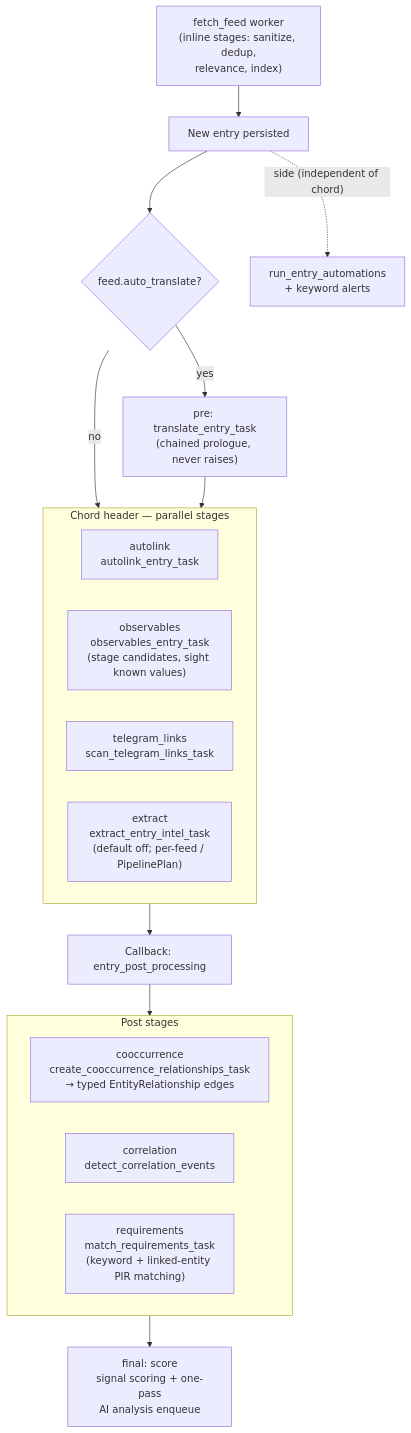
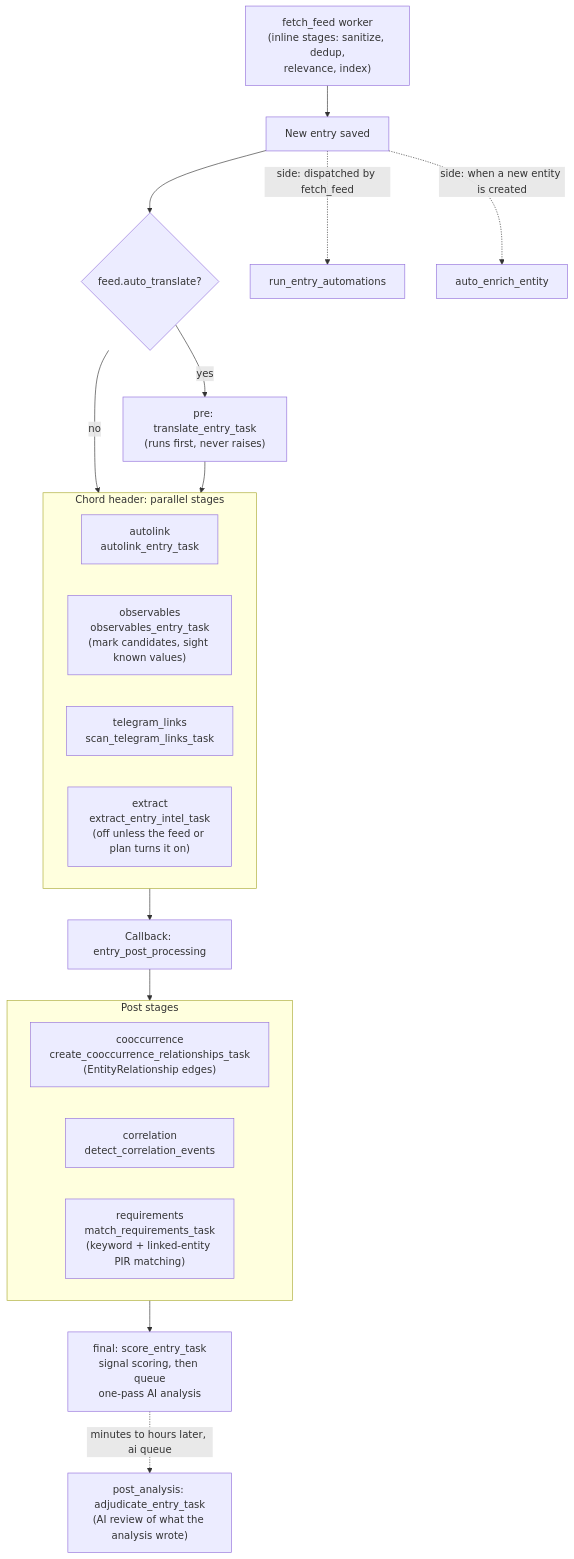
One commit to a-oneil/IntelFeed changed the diagram in docs/diagrams/architecture-entry-pipeline.md. Above: the diagram before and after it, drawn with Mermaid. The commit also changed other lines of this file and 101 other files, not shown here.

````diff
--- a/docs/diagrams/architecture-entry-pipeline.md
+++ b/docs/diagrams/architecture-entry-pipeline.md
@@ -5,29 +5,31 @@
 ```mermaid
 flowchart TD
-    FETCH["fetch_feed worker<br/>(inline stages: sanitize, dedup,<br/>relevance, index)"] --> NEW["New entry persisted"]
+    FETCH["fetch_feed worker<br/>(inline stages: sanitize, dedup,<br/>relevance, index)"] --> NEW["New entry saved"]
 
     NEW --> TR{"feed.auto_translate?"}
-    TR -- yes --> TRANSLATE["pre: translate_entry_task<br/>(chained prologue, never raises)"]
+    TR -- yes --> TRANSLATE["pre: translate_entry_task<br/>(runs first, never raises)"]
     TR -- no --> HDR
     TRANSLATE --> HDR
 
-    subgraph HDR["Chord header — parallel stages"]
+    subgraph HDR["Chord header: parallel stages"]
         AUTOLINK["autolink<br/>autolink_entry_task"]
-        OBSERV["observables<br/>observables_entry_task<br/>(stage candidates, sight known values)"]
+        OBSERV["observables<br/>observables_entry_task<br/>(mark candidates, sight known values)"]
         TGLINKS["telegram_links<br/>scan_telegram_links_task"]
-        EXTRACT["extract<br/>extract_entry_intel_task<br/>(default off; per-feed / PipelinePlan)"]
+        EXTRACT["extract<br/>extract_entry_intel_task<br/>(off unless the feed or plan turns it on)"]
     end
 
     HDR --> CB["Callback: entry_post_processing"]
 
     subgraph POST["Post stages"]
-        COOC["cooccurrence<br/>create_cooccurrence_relationships_task<br/>→ typed EntityRelationship edges"]
+        COOC["cooccurrence<br/>create_cooccurrence_relationships_task<br/>(EntityRelationship edges)"]
         CORR["correlation<br/>detect_correlation_events"]
         REQ["requirements<br/>match_requirements_task<br/>(keyword + linked-entity PIR matching)"]
     end
 
     CB --> POST
-    POST --> FINAL["final: score<br/>signal scoring + one-pass<br/>AI analysis enqueue"]
+    POST --> FINAL["final: score_entry_task<br/>signal scoring, then queue<br/>one-pass AI analysis"]
+    FINAL -. "minutes to hours later, ai queue" .-> ADJ["post_analysis: adjudicate_entry_task<br/>(AI review of what the analysis wrote)"]
 
-    NEW -. "side (independent of chord)" .-> AUTO["run_entry_automations<br/>+ keyword alerts"]
+    NEW -. "side: dispatched by fetch_feed" .-> AUTO["run_entry_automations"]
+    NEW -. "side: when a new entity is created" .-> ENRICH["auto_enrich_entity"]
 ```
````
